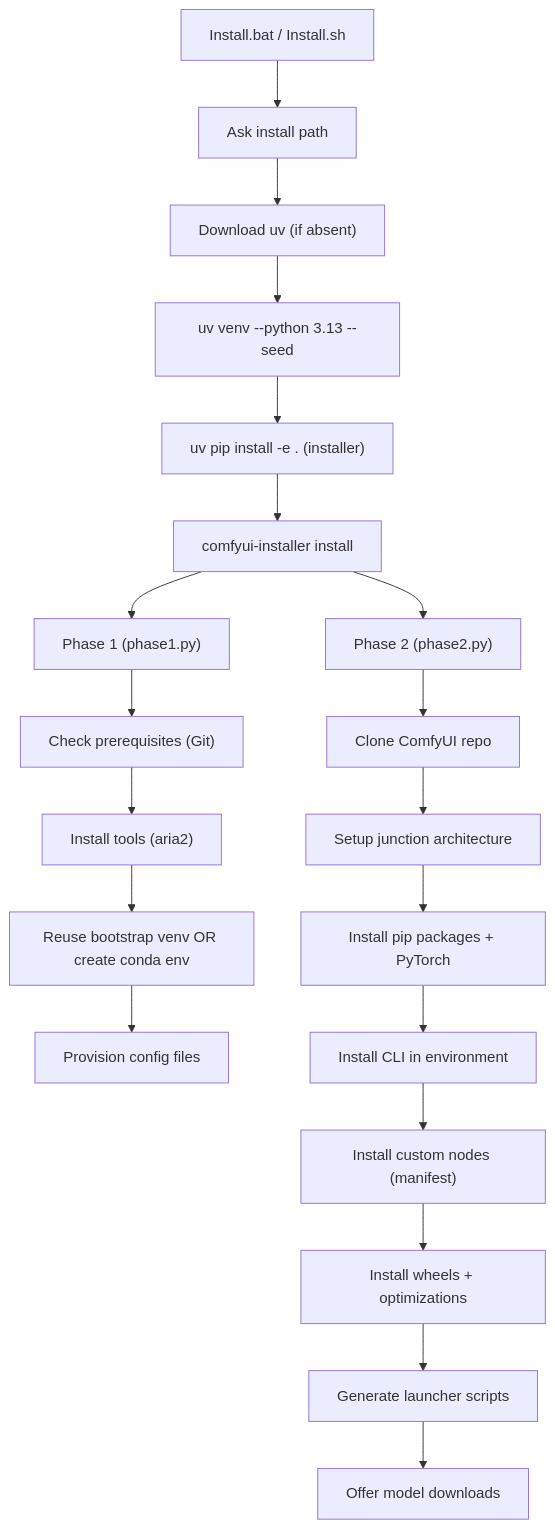
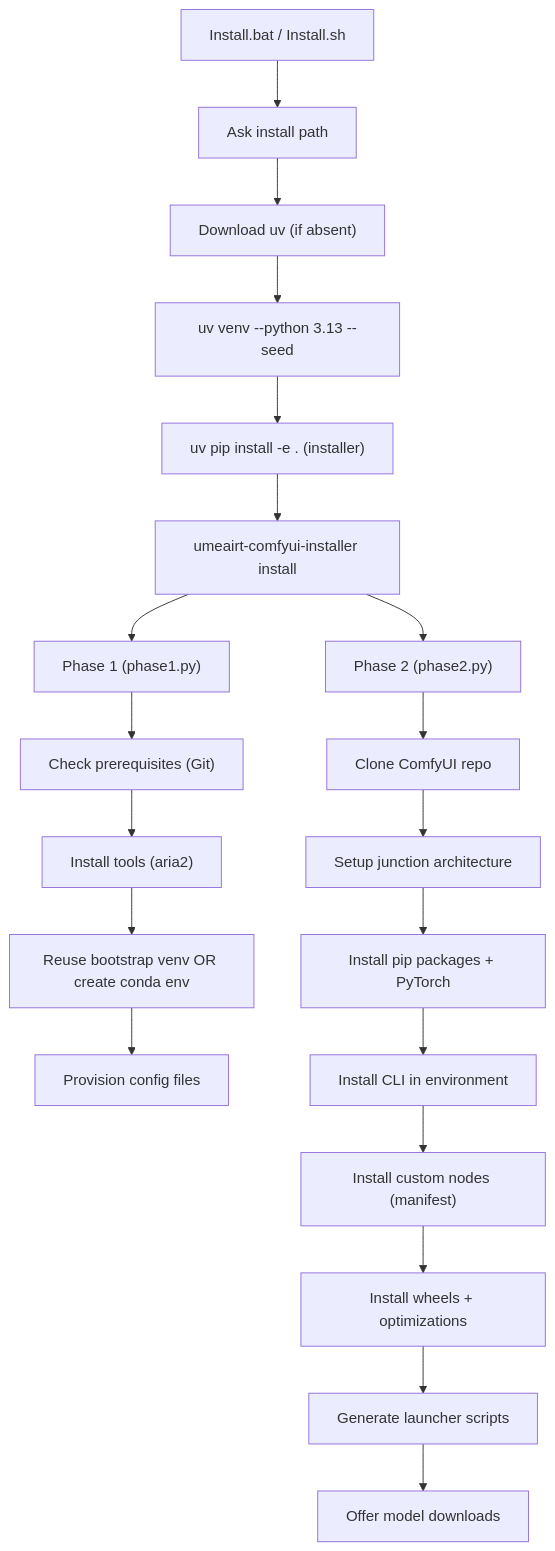
One commit to UmeAiRT/ComfyUI-Auto_installer-Python changed the diagram in docs/codemaps/structure.md. Above: the diagram before and after it, drawn with Mermaid. The commit also changed other lines of this file and 9 other files, not shown here.

Commit message:
refactor: rename CLI from comfyui-installer to umeairt-comfyui-installer to avert collision

````diff
--- a/docs/codemaps/structure.md
+++ b/docs/codemaps/structure.md
@@ -52,24 +52,24 @@
 ```mermaid
 graph TD
     A["Install.bat / Install.sh"] --> A1["Ask install path"]
     A1 --> A2["Download uv (if absent)"]
     A2 --> A3["uv venv --python 3.13 --seed"]
     A3 --> A4["uv pip install -e . (installer)"]
-    A4 --> B["comfyui-installer install"]
+    A4 --> B["umeairt-comfyui-installer install"]
     B --> P1["Phase 1 (phase1.py)"]
     B --> P2["Phase 2 (phase2.py)"]
 
     P1 --> P1a["Check prerequisites (Git)"]
     P1a --> P1b["Install tools (aria2)"]
     P1b --> P1c["Reuse bootstrap venv OR create conda env"]
     P1c --> P1d["Provision config files"]
 
     P2 --> P2a["Clone ComfyUI repo"]
     P2a --> P2b["Setup junction architecture"]
     P2b --> P2c["Install pip packages + PyTorch"]
     P2c --> P2d["Install CLI in environment"]
     P2d --> P2e["Install custom nodes (manifest)"]
     P2e --> P2f["Install wheels + optimizations"]
     P2f --> P2g["Generate launcher scripts"]
     P2g --> P2h["Offer model downloads"]
 ```
````
